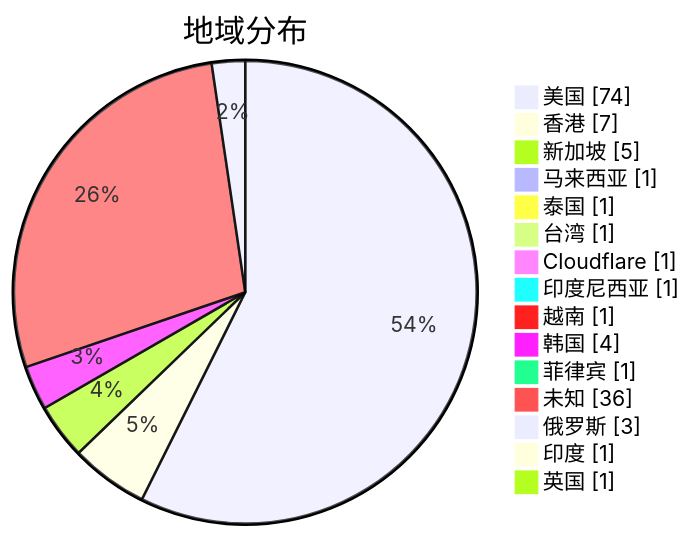
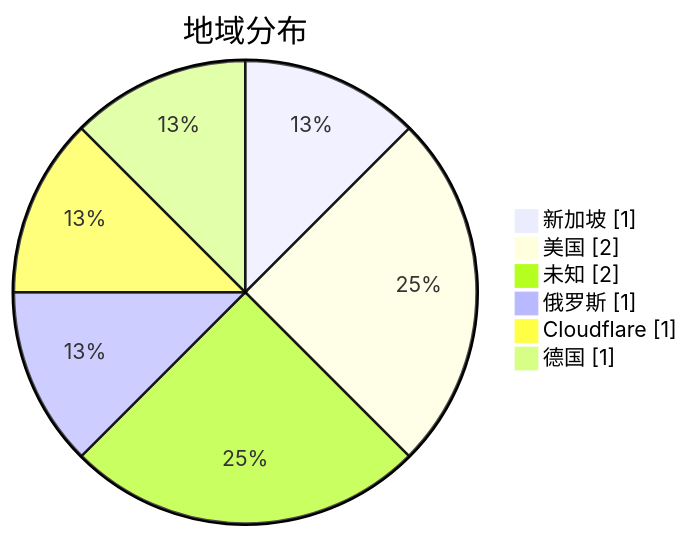
The second of 3 diagrams in subs/statistics/tested_within.md (sinspired/airport), drawn with Mermaid before and after one commit. The commit also changed other lines of this file and 2 other files, not shown here.

Commit message:
Committed by metaST

````diff
--- a/subs/statistics/tested_within.md
+++ b/subs/statistics/tested_within.md
@@ -13,19 +8,10 @@
 ```mermaid
 pie showData
 title 地域分布
-"美国" : 74
-"香港" : 7
-"新加坡" : 5
-"马来西亚" : 1
-"泰国" : 1
-"台湾" : 1
+"新加坡" : 1
+"美国" : 2
+"未知" : 2
+"俄罗斯" : 1
 "Cloudflare" : 1
-"印度尼西亚" : 1
-"越南" : 1
-"韩国" : 4
-"菲律宾" : 1
-"未知" : 36
-"俄罗斯" : 3
-"印度" : 1
-"英国" : 1
+"德国" : 1
 ```
````
